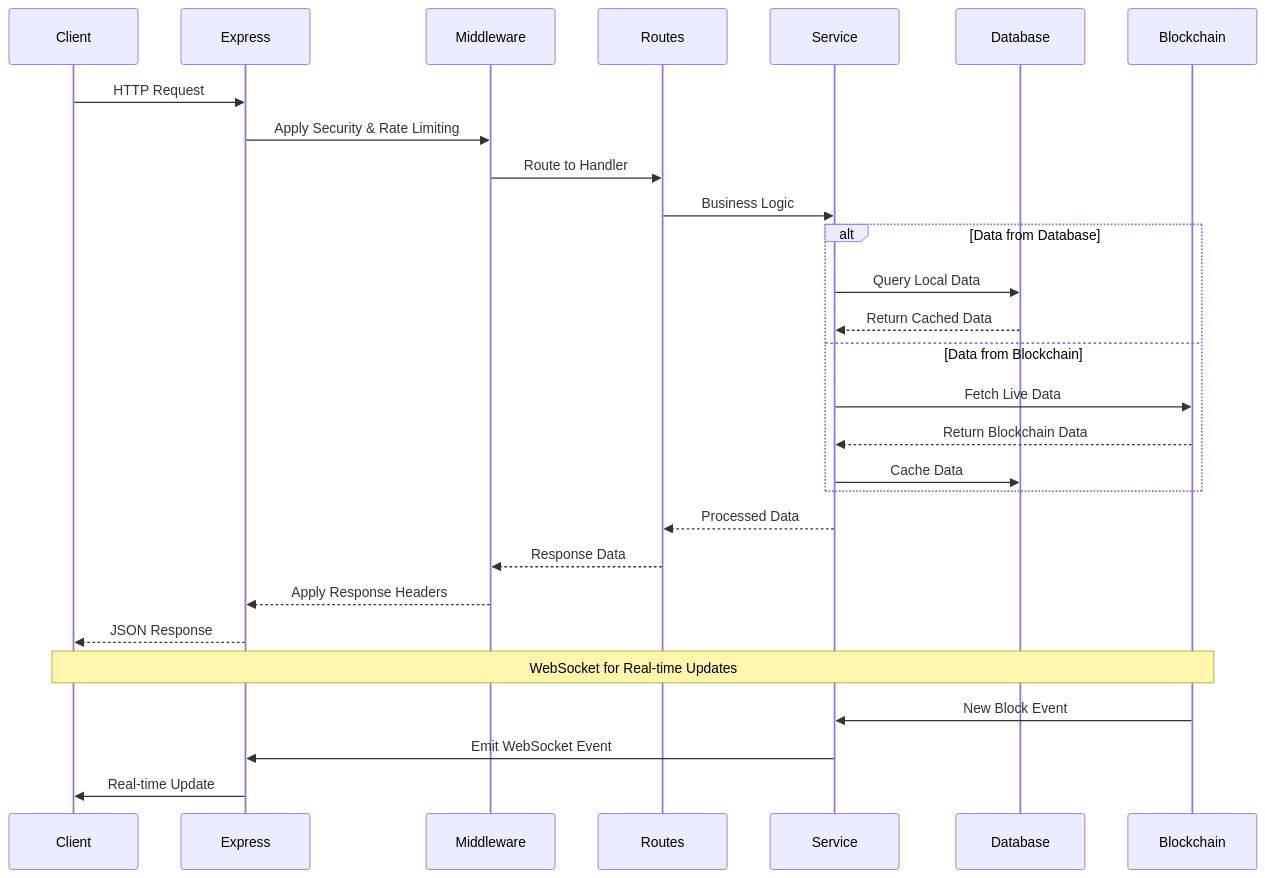
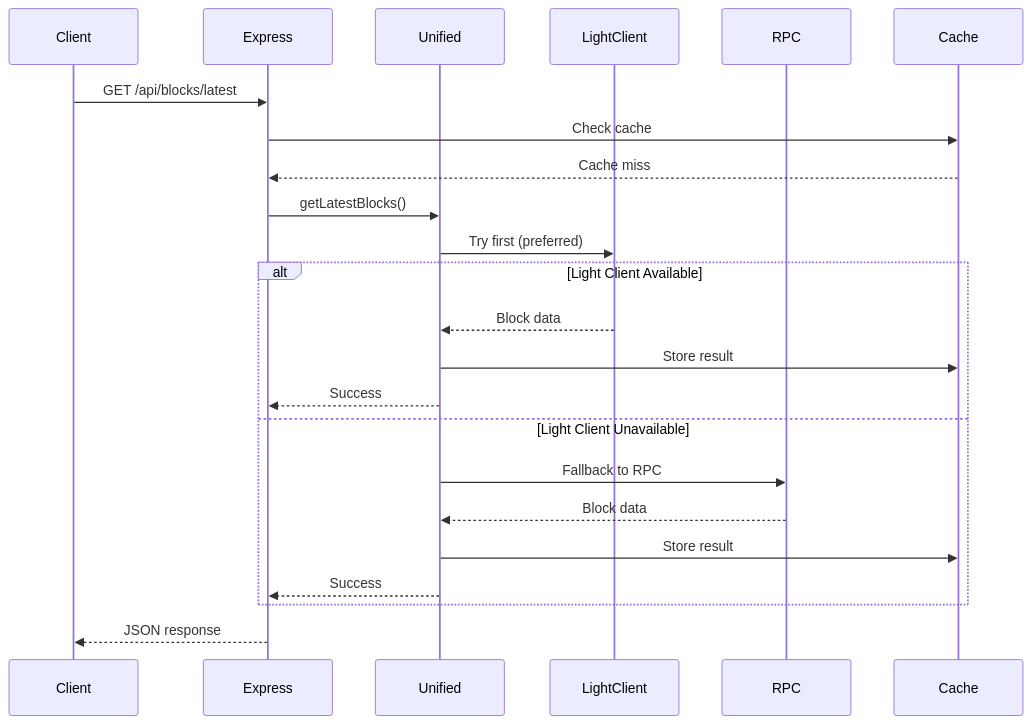
The second of 4 diagrams in AI Documentation/Project_Architecture_Diagram.md (avail-dashboard/server), drawn with Mermaid before and after one commit. The commit also changed other lines of this file, not shown here.

````diff
--- a/AI Documentation/Project_Architecture_Diagram.md
+++ b/AI Documentation/Project_Architecture_Diagram.md
@@ -265,34 +126,28 @@
 ```mermaid
 sequenceDiagram
     participant Client
     participant Express
-    participant Middleware
-    participant Routes
-    participant Service
-    participant Database
-    participant Blockchain
+    participant Unified
+    participant LightClient
+    participant RPC
+    participant Cache
 
-    Client->>Express: HTTP Request
-    Express->>Middleware: Apply Security & Rate Limiting
-    Middleware->>Routes: Route to Handler
-    Routes->>Service: Business Logic
+    Client->>Express: GET /api/blocks/latest
+    Express->>Cache: Check cache
+    Cache-->>Express: Cache miss
+    Express->>Unified: getLatestBlocks()
     
-    alt Data from Database
-        Service->>Database: Query Local Data
-        Database-->>Service: Return Cached Data
-    else Data from Blockchain
-        Service->>Blockchain: Fetch Live Data
-        Blockchain-->>Service: Return Blockchain Data
-        Service->>Database: Cache Data
+    Unified->>LightClient: Try first (preferred)
+    alt Light Client Available
+        LightClient-->>Unified: Block data
+        Unified->>Cache: Store result
+        Unified-->>Express: Success
+    else Light Client Unavailable
+        Unified->>RPC: Fallback to RPC
+        RPC-->>Unified: Block data
+        Unified->>Cache: Store result
+        Unified-->>Express: Success
     end
     
-    Service-->>Routes: Processed Data
-    Routes-->>Middleware: Response Data
-    Middleware-->>Express: Apply Response Headers
-    Express-->>Client: JSON Response
-
-    Note over Client,Blockchain: WebSocket for Real-time Updates
-    Blockchain->>Service: New Block Event
-    Service->>Express: Emit WebSocket Event
-    Express->>Client: Real-time Update
+    Express-->>Client: JSON response
 ```
````
